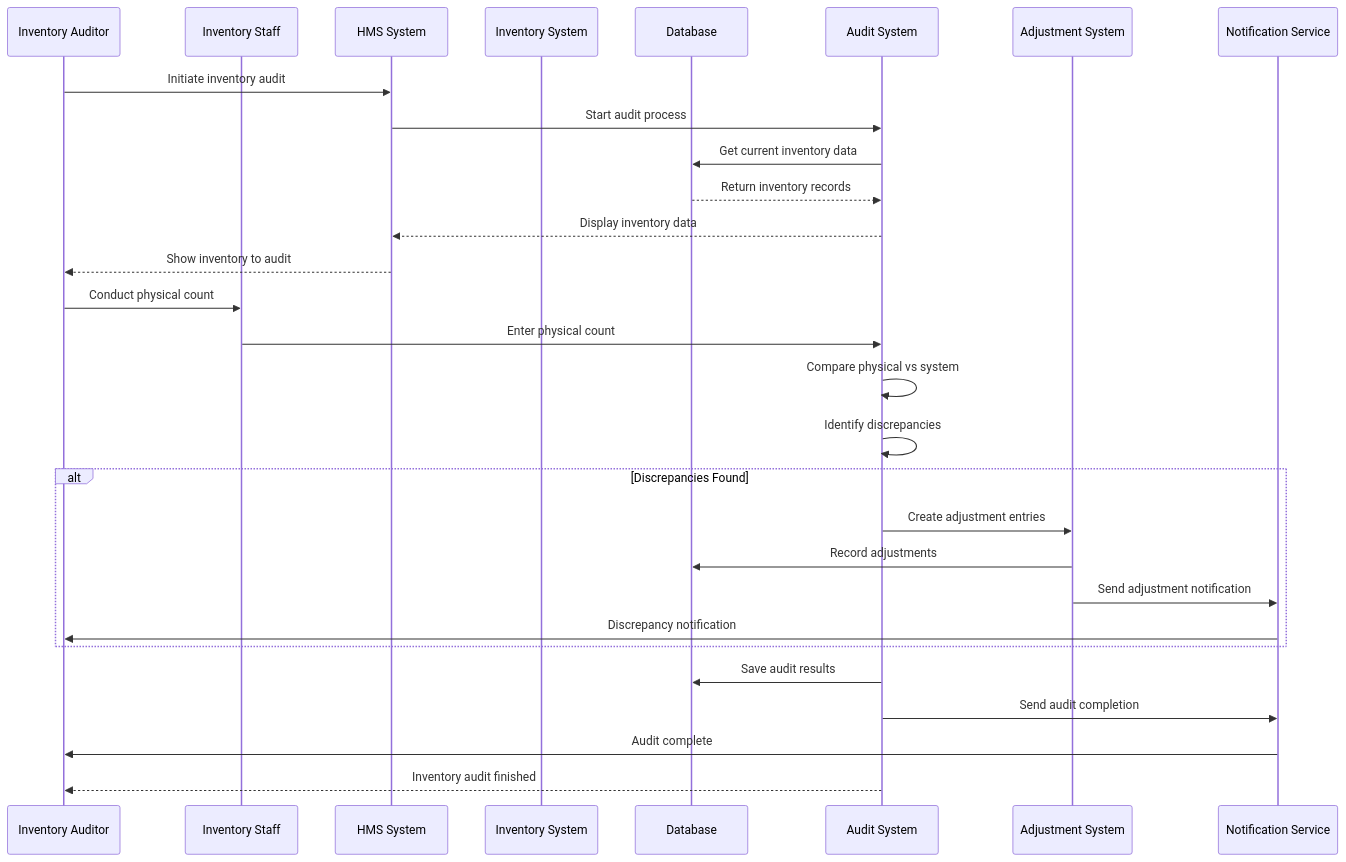
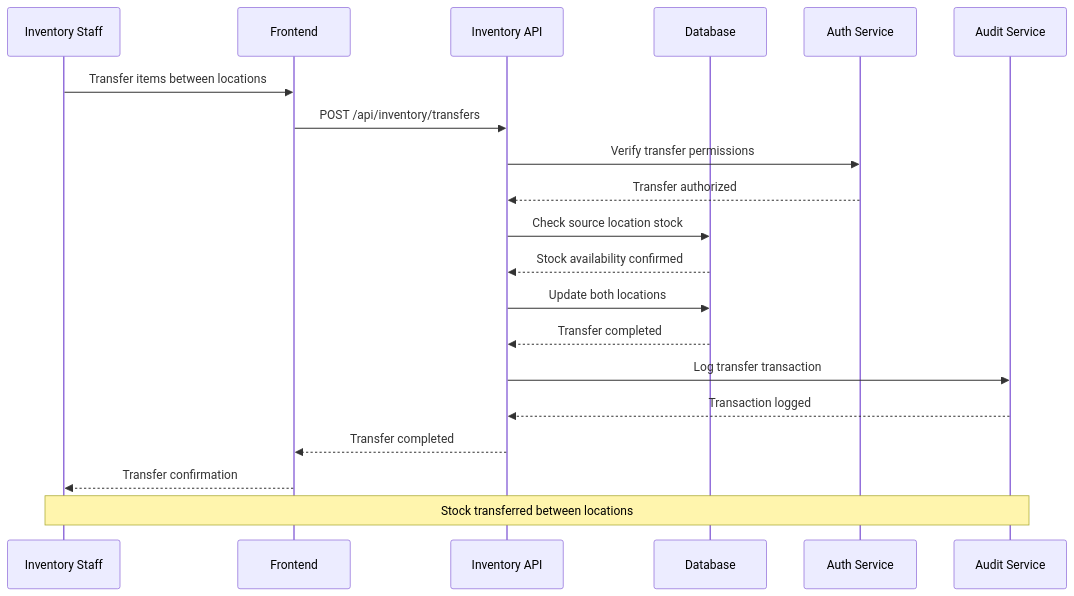
One commit to harcop/limises changed the fifth of 10 diagrams in sequence-diagrams/inventory-management-sequence.md. Above: the diagram before and after it, drawn with Mermaid. The commit also changed other lines of this file and 6 other files, not shown here.

````diff
--- a/sequence-diagrams/inventory-management-sequence.md
+++ b/sequence-diagrams/inventory-management-sequence.md
@@ -183,32 +136,29 @@
 ```mermaid
 sequenceDiagram
-    participant AUDITOR as Inventory Auditor
-    participant STAFF as Inventory Staff
-    participant HMS as HMS System
-    participant INVENTORY as Inventory System
+    participant Staff as Inventory Staff
+    participant Frontend as Frontend
+    participant API as Inventory API
     participant DB as Database
-    participant AUDIT as Audit System
-    participant ADJUSTMENT as Adjustment System
-    participant NOT as Notification Service
+    participant Auth as Auth Service
+    participant Audit as Audit Service
 
-    AUDITOR->>HMS: Initiate inventory audit
-    HMS->>AUDIT: Start audit process
-    AUDIT->>DB: Get current inventory data
-    DB-->>AUDIT: Return inventory records
-    AUDIT-->>HMS: Display inventory data
-    HMS-->>AUDITOR: Show inventory to audit
-    AUDITOR->>STAFF: Conduct physical count
-    STAFF->>AUDIT: Enter physical count
-    AUDIT->>AUDIT: Compare physical vs system
-    AUDIT->>AUDIT: Identify discrepancies
-    alt Discrepancies Found
-        AUDIT->>ADJUSTMENT: Create adjustment entries
-        ADJUSTMENT->>DB: Record adjustments
-        ADJUSTMENT->>NOT: Send adjustment notification
-        NOT->>AUDITOR: Discrepancy notification
-    end
-    AUDIT->>DB: Save audit results
-    AUDIT->>NOT: Send audit completion
-    NOT->>AUDITOR: Audit complete
-    AUDIT-->>AUDITOR: Inventory audit finished
+    Staff->>Frontend: Transfer items between locations
+    Frontend->>API: POST /api/inventory/transfers
+    
+    API->>Auth: Verify transfer permissions
+    Auth-->>API: Transfer authorized
+    
+    API->>DB: Check source location stock
+    DB-->>API: Stock availability confirmed
+    
+    API->>DB: Update both locations
+    DB-->>API: Transfer completed
+    
+    API->>Audit: Log transfer transaction
+    Audit-->>API: Transaction logged
+    
+    API-->>Frontend: Transfer completed
+    Frontend-->>Staff: Transfer confirmation
+    
+    Note over Staff, Audit: Stock transferred between locations
 ```
````
